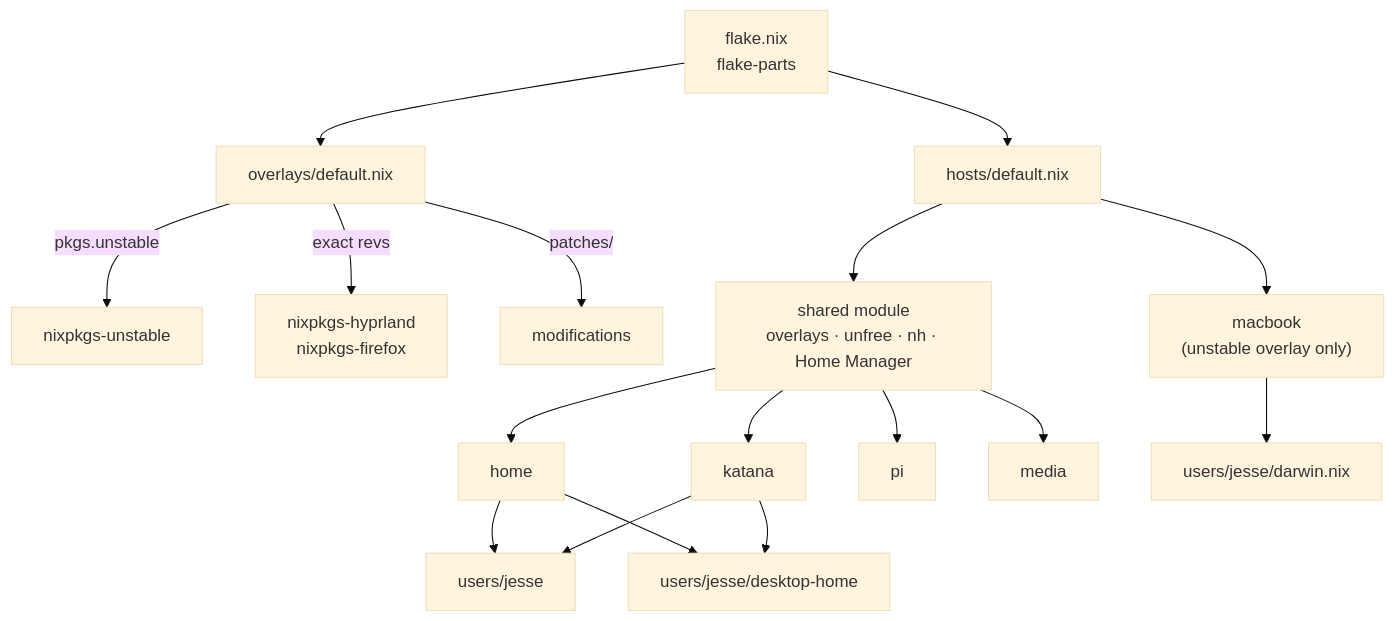
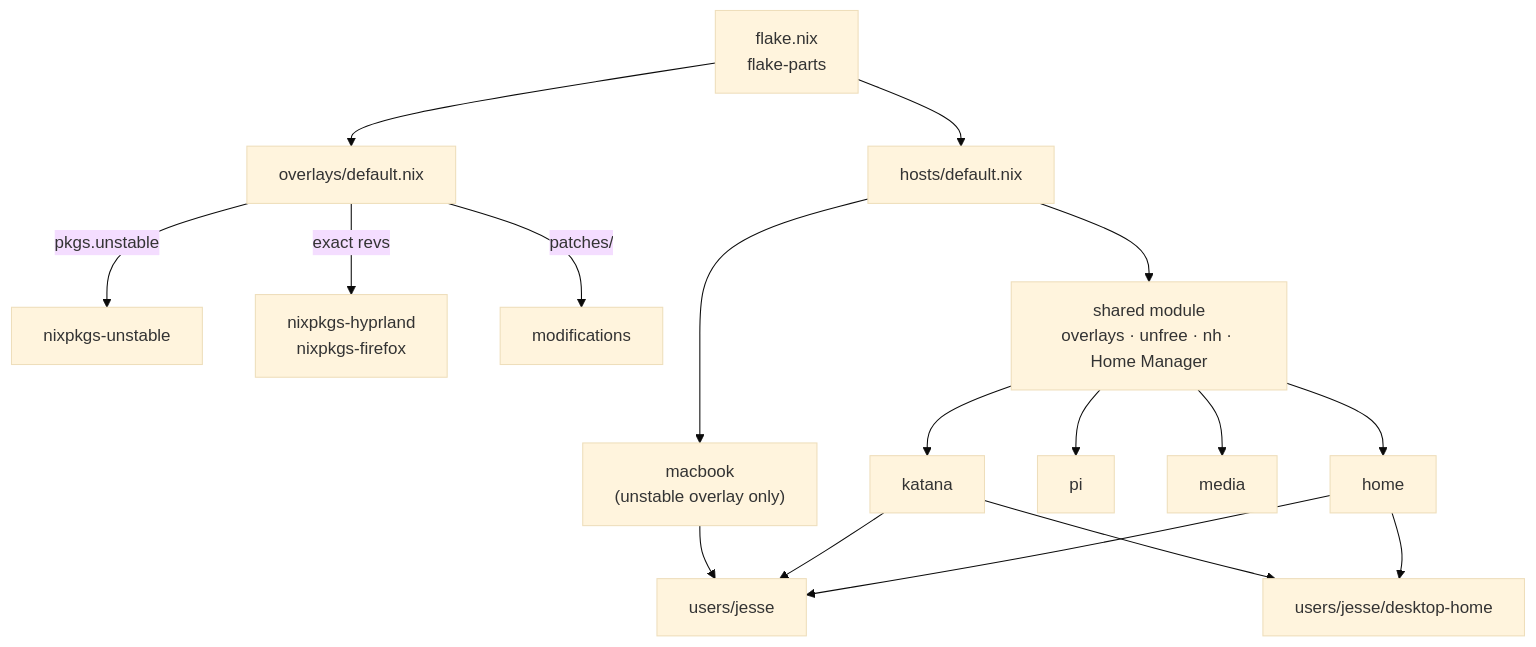
One commit to malinoskj2/nix changed the diagram in README.md. Above: the diagram before and after it, drawn with Mermaid (base theme). The commit also changed other lines of this file and 19 other files, not shown here.

````diff
--- a/README.md
+++ b/README.md
@@ -62,22 +62,22 @@
 ```mermaid
 flowchart TD
     F["flake.nix<br/>flake-parts"] --> H["hosts/default.nix"]
     F --> O["overlays/default.nix"]
 
     O -->|"pkgs.unstable"| U["nixpkgs-unstable"]
     O -->|"exact revs"| P["nixpkgs-hyprland<br/>nixpkgs-firefox"]
     O -->|"patches/"| M["modifications"]
 
     H --> C["shared module<br/>overlays · unfree · nh · Home Manager"]
     C --> HOME["home"]
     C --> KAT["katana"]
     C --> PI["pi"]
     C --> MED["media"]
     H --> MAC["macbook<br/>(unstable overlay only)"]
 
     HOME --> HM["users/jesse"]
     KAT --> HM
     HOME --> DH["users/jesse/desktop-home"]
     KAT --> DH
-    MAC --> DW["users/jesse/darwin.nix"]
+    MAC --> HM
 ```
````
